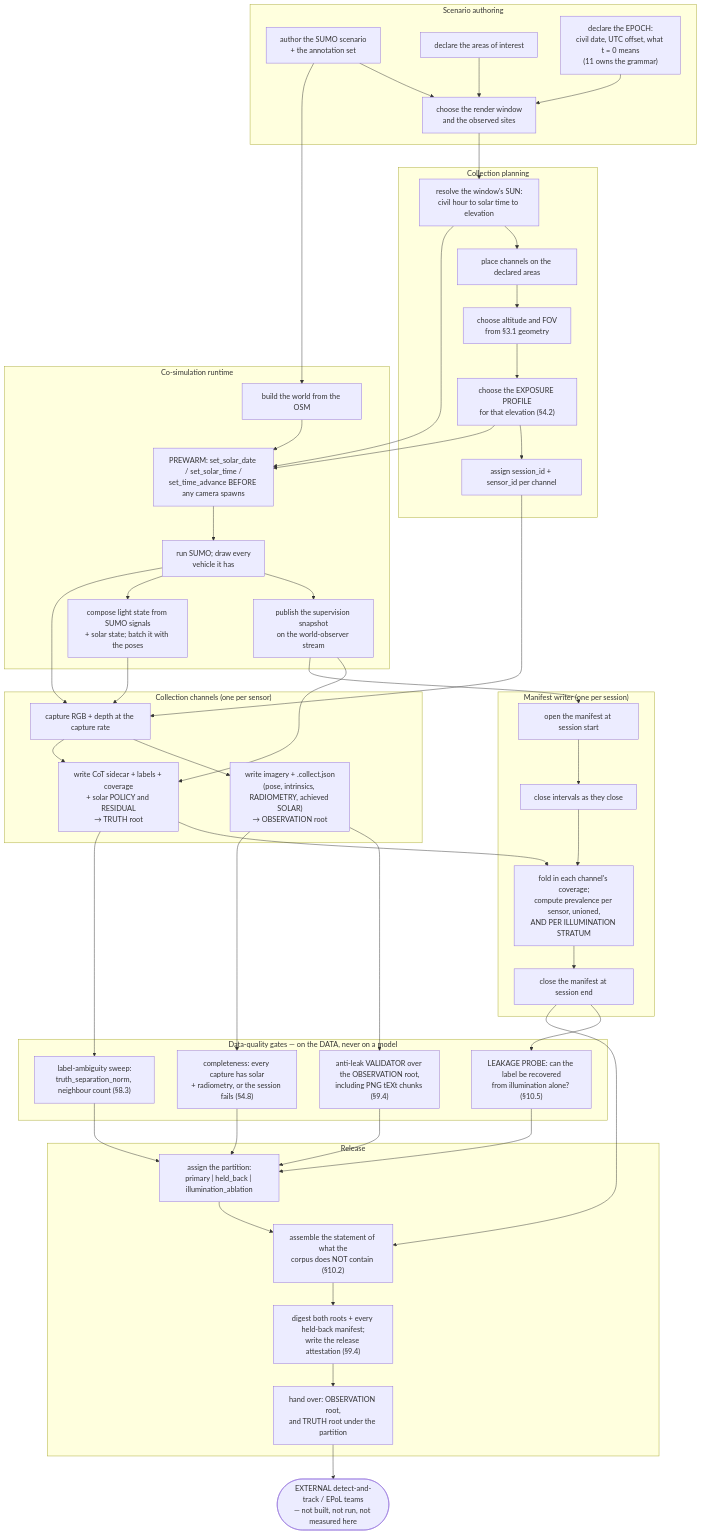
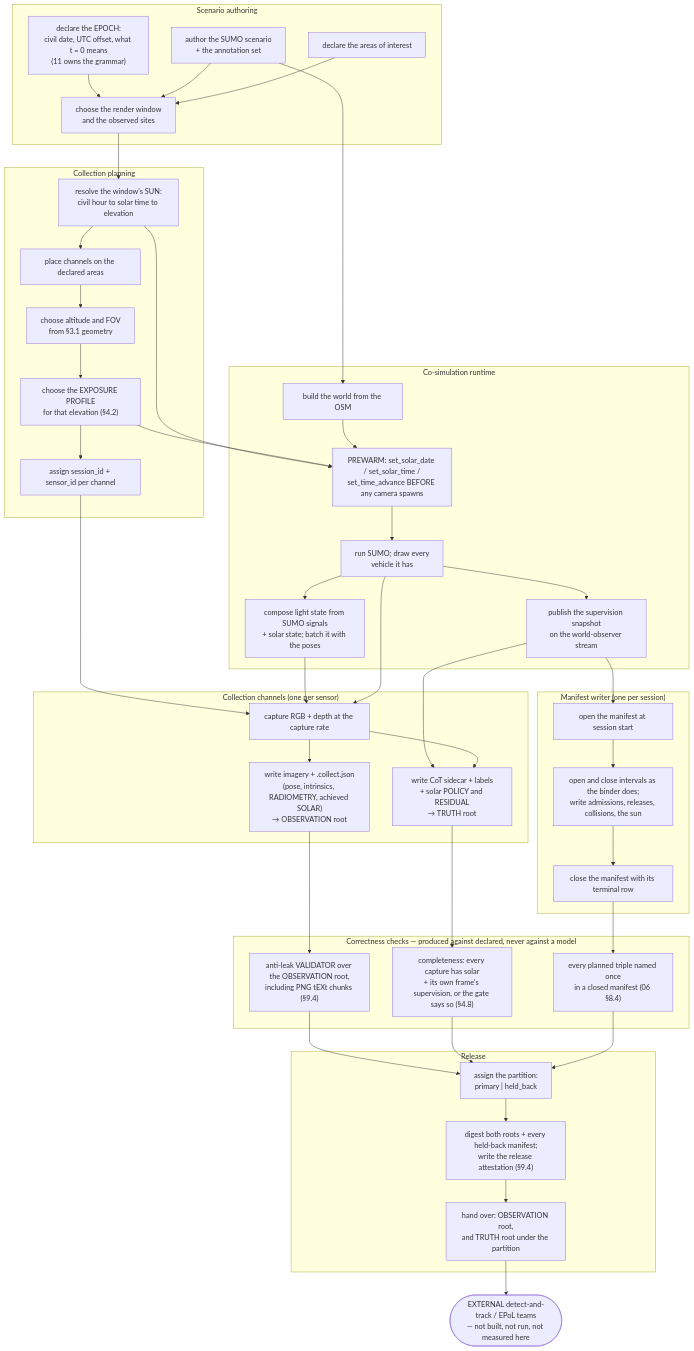
The fourth of 5 diagrams in Docs/CAT_Research/Plans/SUMO_Behavioral_Capture/08_Collection_And_EPoL.md (sbrett9/carla), drawn with Mermaid before and after one commit. The commit also changed other lines of this file and 8 other files, not shown here.

````diff
--- a/Docs/CAT_Research/Plans/SUMO_Behavioral_Capture/08_Collection_And_EPoL.md
+++ b/Docs/CAT_Research/Plans/SUMO_Behavioral_Capture/08_Collection_And_EPoL.md
@@ -3622,26 +3166,23 @@
     subgraph COLL["Collection channels (one per sensor)"]
         C1["capture RGB + depth at the capture rate"]
         C2["write imagery + .collect.json<br/>(pose, intrinsics, RADIOMETRY, achieved SOLAR)<br/>→ OBSERVATION root"]
-        C3["write CoT sidecar + labels + coverage<br/>+ solar POLICY and RESIDUAL<br/>→ TRUTH root"]
+        C3["write CoT sidecar + labels<br/>+ solar POLICY and RESIDUAL<br/>→ TRUTH root"]
     end
 
     subgraph MAN["Manifest writer (one per session)"]
         M1["open the manifest at session start"]
-        M2["close intervals as they close"]
-        M3["fold in each channel's coverage;<br/>compute prevalence per sensor, unioned,<br/>AND PER ILLUMINATION STRATUM"]
-        M4["close the manifest at session end"]
+        M2["open and close intervals as the binder does;<br/>write admissions, releases, collisions, the sun"]
+        M4["close the manifest with its terminal row"]
     end
 
-    subgraph QA["Data-quality gates — on the DATA, never on a model"]
-        Q0["LEAKAGE PROBE: can the label be recovered<br/>from illumination alone? (§10.5)"]
-        Q1["label-ambiguity sweep:<br/>truth_separation_norm, neighbour count (§8.3)"]
+    subgraph QA["Correctness checks — produced against declared, never against a model"]
         Q2["anti-leak VALIDATOR over the OBSERVATION root,<br/>including PNG tEXt chunks (§9.4)"]
-        Q3["completeness: every capture has solar<br/>+ radiometry, or the session fails (§4.8)"]
+        Q3["completeness: every capture has solar<br/>+ its own frame's supervision, or the gate says so (§4.8)"]
+        Q4["every planned triple named once<br/>in a closed manifest (06 §8.4)"]
     end
 
     subgraph REL["Release"]
-        L1["assign the partition:<br/>primary | held_back | illumination_ablation"]
-        L2["assemble the statement of what the<br/>corpus does NOT contain (§10.2)"]
+        L1["assign the partition:<br/>primary | held_back"]
         L3["digest both roots + every held-back manifest;<br/>write the release attestation (§9.4)"]
         L4["hand over: OBSERVATION root,<br/>and TRUTH root under the partition"]
     end
@@ -3665,17 +3206,13 @@
     C1 --> C2
     C1 --> C3
     R3 --> M1
-    M1 --> M2 --> M3 --> M4
-    C3 --> M3
+    M1 --> M2 --> M4
     C2 --> Q2
-    C2 --> Q3
-    C3 --> Q1
-    M4 --> Q0
-    Q0 --> L1
-    Q1 --> L1
+    C3 --> Q3
+    M4 --> Q4
     Q2 --> L1
     Q3 --> L1
-    L1 --> L2 --> L3 --> L4
-    M4 --> L2
+    Q4 --> L1
+    L1 --> L3 --> L4
     L4 --> EXT
 ```
````
